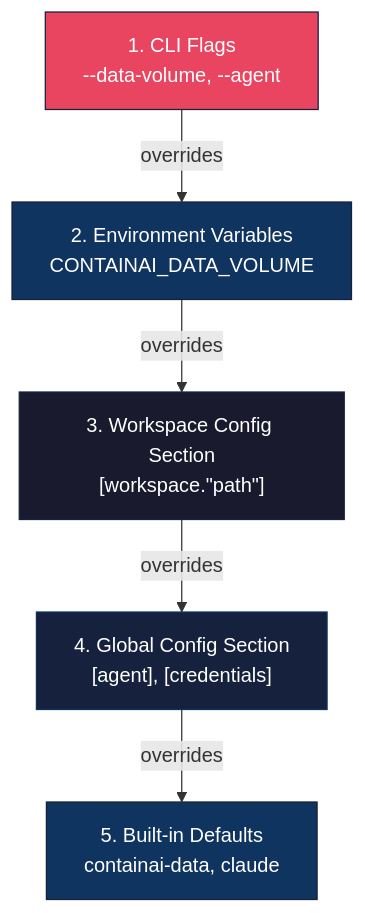
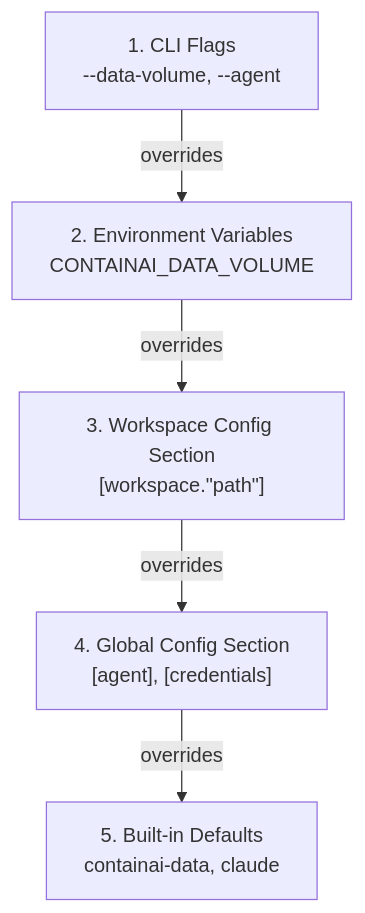
One commit to novotnyllc/ContainAI changed the second of 2 diagrams in docs/configuration.md. Above: the diagram before and after it, drawn with Mermaid. The commit also changed other lines of this file and 14 other files, not shown here.

````diff
--- a/docs/configuration.md
+++ b/docs/configuration.md
@@ -57,19 +54,14 @@
 ```mermaid
 flowchart TB
     CLI["1. CLI Flags<br/>--data-volume, --agent"]
     ENV["2. Environment Variables<br/>CONTAINAI_DATA_VOLUME"]
     Workspace["3. Workspace Config Section<br/>[workspace.&quot;path&quot;]"]
     Global["4. Global Config Section<br/>[agent], [credentials]"]
     Default["5. Built-in Defaults<br/>containai-data, claude"]
 
     CLI -->|overrides| ENV
     ENV -->|overrides| Workspace
     Workspace -->|overrides| Global
     Global -->|overrides| Default
 
-    style CLI fill:#e94560,stroke:#16213e,color:#fff
-    style ENV fill:#0f3460,stroke:#16213e,color:#fff
-    style Workspace fill:#1a1a2e,stroke:#16213e,color:#fff
-    style Global fill:#16213e,stroke:#0f3460,color:#fff
-    style Default fill:#0f3460,stroke:#16213e,color:#fff
 ```
````
